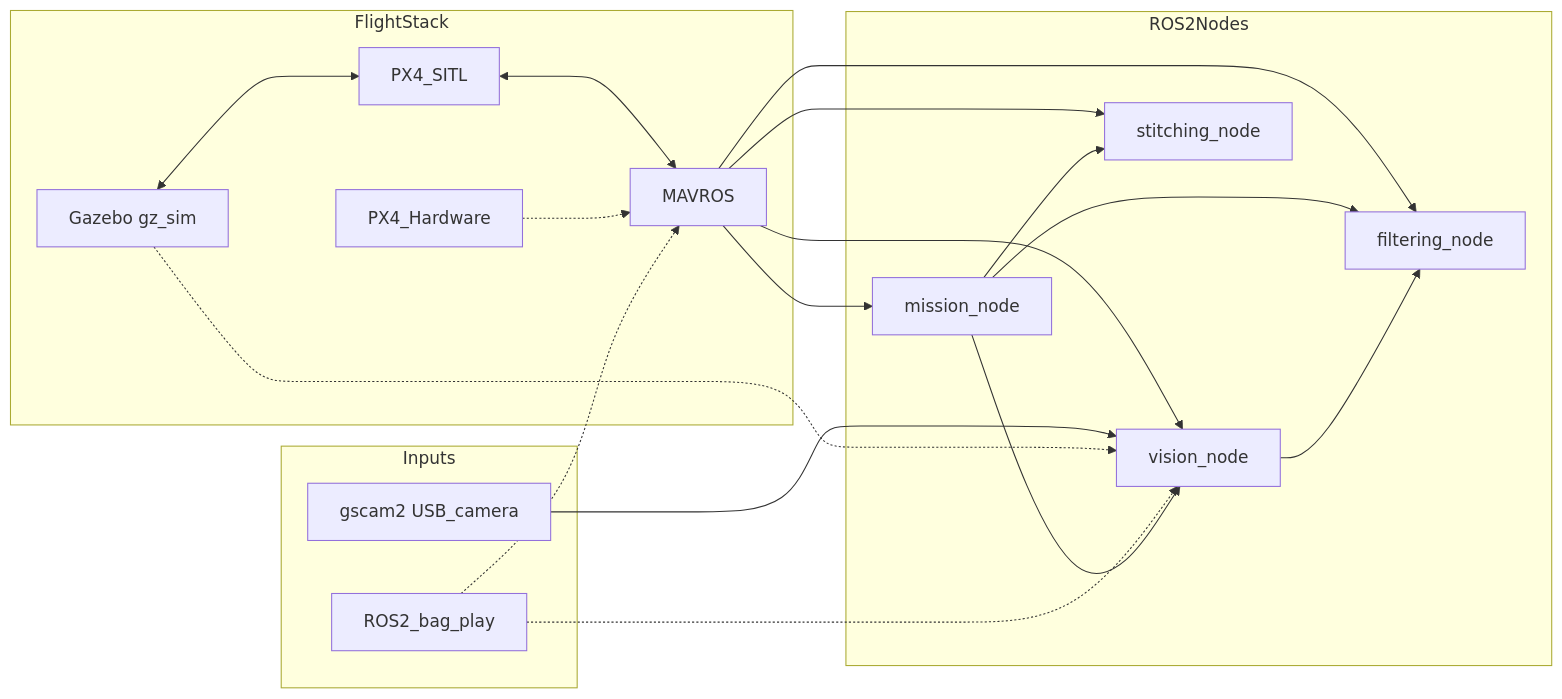
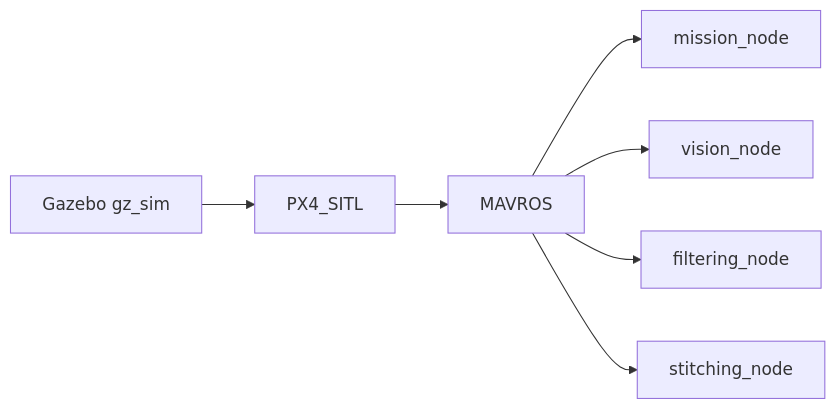
One commit to BuckeyeVertical/bv_core changed the first of 4 diagrams in README.md. Above: the diagram before and after it, drawn with Mermaid. The commit also changed other lines of this file, not shown here.

Commit message:
Fixed mermaid diagrams so they aren't as confusing

````diff
--- a/README.md
+++ b/README.md
@@ -69,46 +50,9 @@
 ```mermaid
 graph LR
-	subgraph FlightStack
-		GZ[Gazebo gz_sim]
-		SITL[PX4_SITL]
-		HW[PX4_Hardware]
-		MAV[MAVROS]
-	end
-
-	subgraph ROS2Nodes
-		Mis[mission_node]
-		Vis[vision_node]
-		Fil[filtering_node]
-		Sti[stitching_node]
-	end
-
-	subgraph Inputs
-		Cam[gscam2 USB_camera]
-		Bag[ROS2_bag_play]
-	end
-
-	%% Primary SITL simulation path (solid)
-	GZ <--> SITL
-	SITL <--> MAV
-
-	%% MAVROS provides topics to ROS 2 nodes
-	MAV --> Mis
-	MAV --> Vis
-	MAV --> Fil
-	MAV --> Sti
-
-	%% Camera/image sources
-	Cam --> Vis
-	GZ -.-> Vis
-	Bag -.-> Vis
-
-	%% Alternative flight data sources
-	HW -.-> MAV
-	Bag -.-> MAV
-
-	%% Mission state & detections flow within ROS
-	Mis --> Vis
-	Mis --> Fil
-	Mis --> Sti
-	Vis --> Fil
+	GZ[Gazebo gz_sim] --> PX4[PX4_SITL]
+	PX4 --> MAV[MAVROS]
+	MAV --> Mission[mission_node]
+	MAV --> Vision[vision_node]
+	MAV --> Filtering[filtering_node]
+	MAV --> Stitching[stitching_node]
 ```
````
